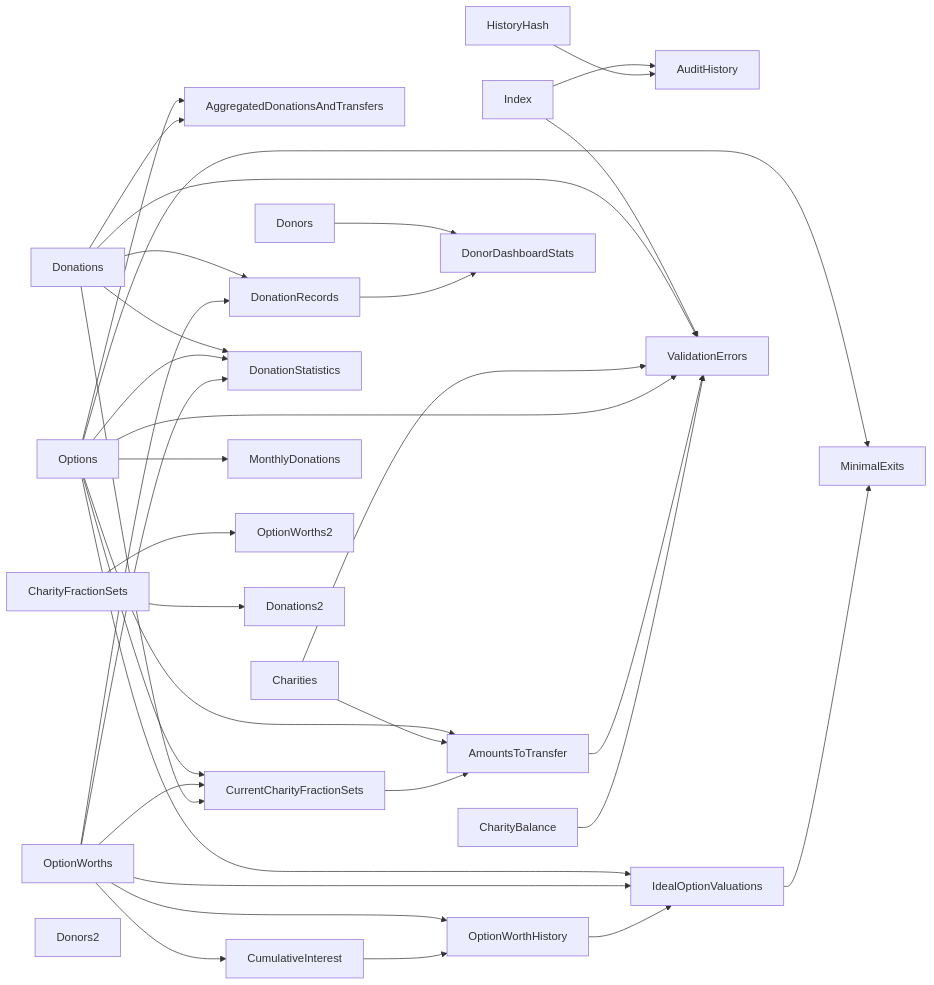
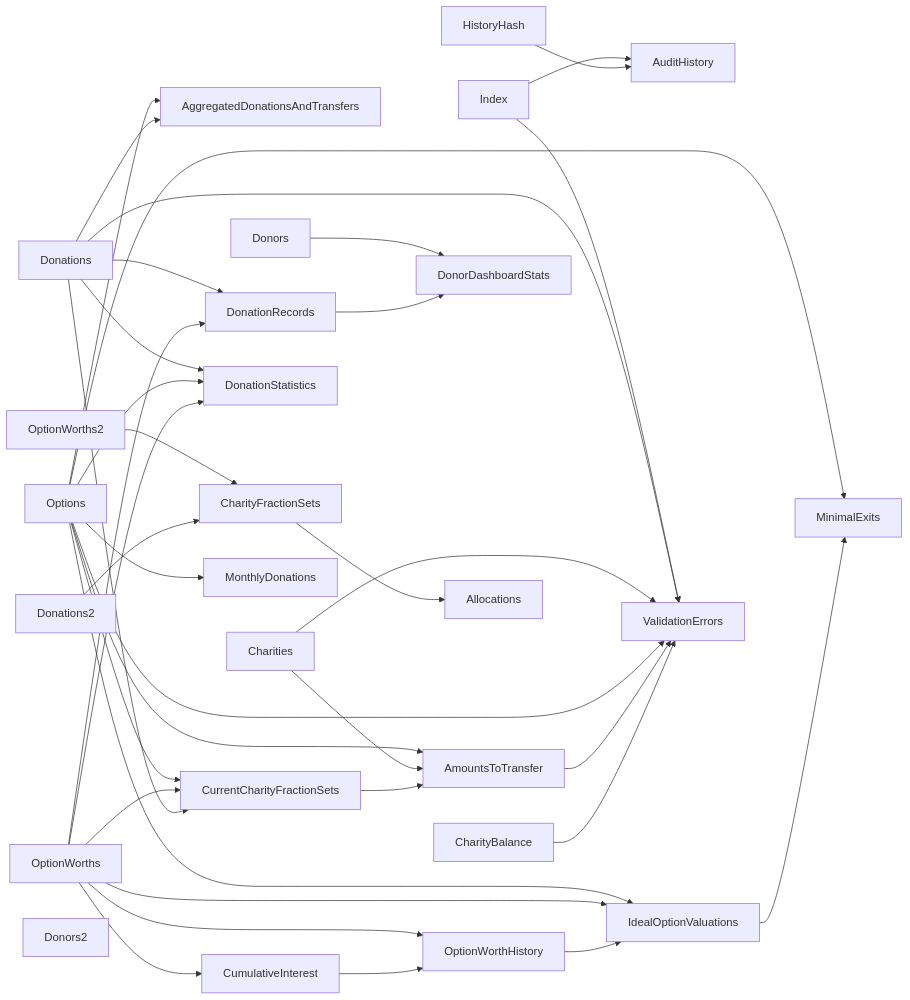
Before and after one commit to joost-morsink/FF-admin-module: the second of 2 diagrams in wiki/calculator.md, drawn with Mermaid. The commit also changed 8 other files, not shown here.

````diff
--- a/wiki/calculator.md
+++ b/wiki/calculator.md
@@ -88,50 +88,51 @@
 ```mermaid
 graph LR
     Options --> AggregatedDonationsAndTransfers
     Donations --> AggregatedDonationsAndTransfers
     Options --> AmountsToTransfer
     Charities --> AmountsToTransfer
     CurrentCharityFractionSets --> AmountsToTransfer
     Index --> AuditHistory
     HistoryHash --> AuditHistory
     CharityBalance
     OptionWorths --> CumulativeInterest
     Options --> CurrentCharityFractionSets
     OptionWorths --> CurrentCharityFractionSets
     Donations --> CurrentCharityFractionSets
     Donations --> DonationRecords
     OptionWorths --> DonationRecords
     Donations --> DonationStatistics
     Options --> DonationStatistics
     OptionWorths --> DonationStatistics
     Donors --> DonorDashboardStats
     DonationRecords --> DonorDashboardStats
     Options --> IdealOptionValuations
     OptionWorths --> IdealOptionValuations
     Options --> MinimalExits
     IdealOptionValuations --> MinimalExits
     OptionWorths --> OptionWorthHistory
     CumulativeInterest --> OptionWorthHistory
     OptionWorthHistory --> IdealOptionValuations
     Index --> ValidationErrors
     Donations --> ValidationErrors
     Charities --> ValidationErrors
     Options --> ValidationErrors
     AmountsToTransfer --> ValidationErrors
     CharityBalance --> ValidationErrors
     Options --> MonthlyDonations
 
-    CharityFractionSets --> OptionWorths2
-    CharityFractionSets --> Donations2
+    OptionWorths2 --> CharityFractionSets
+    Donations2 --> CharityFractionSets
     Donors2
+    CharityFractionSets --> Allocations
 
     click Index "./models/index"
     click HistoryHash "./models/history_hash"
     click Options "./models/options"
     click ValidationErrors "./models/validation_errors"
     click Donations "./models/donations"
     click OptionWorths "./models/option_worths"
     click IdealOptionValuations "./models/ideal_option_valuations"
     click MinimalExits "./models/minimal_exits"
     click MonthlyDonations "./models/monthly_donations"
 ```
````
